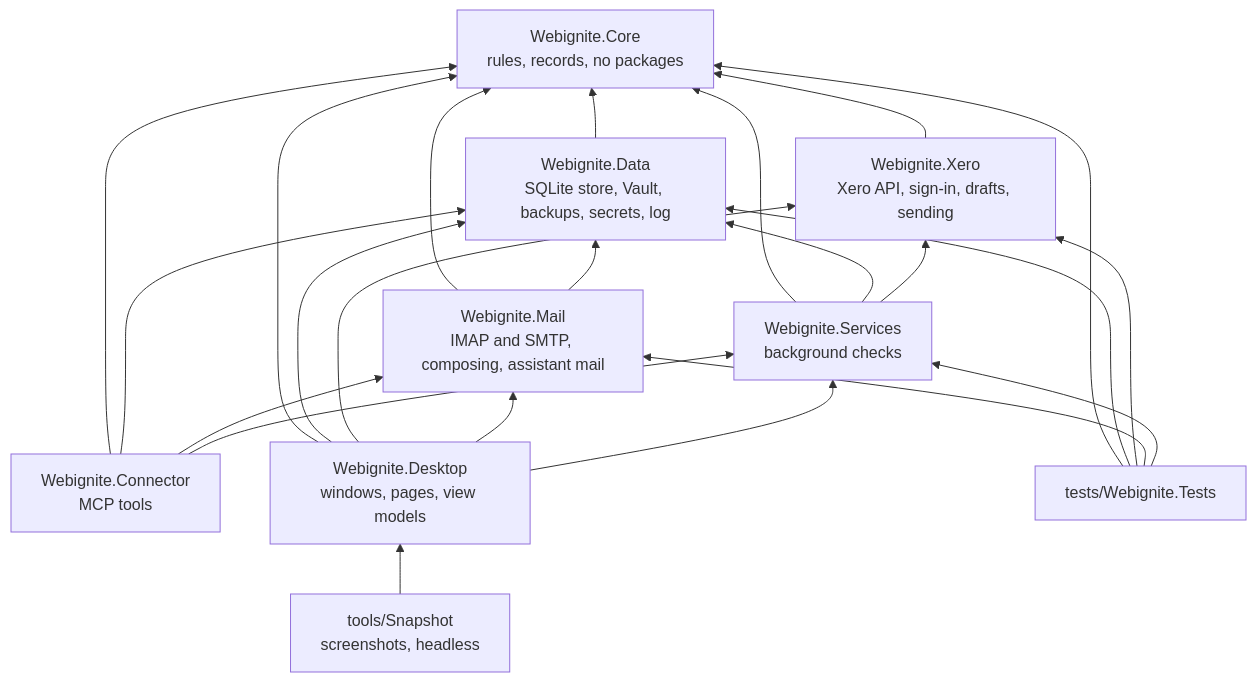
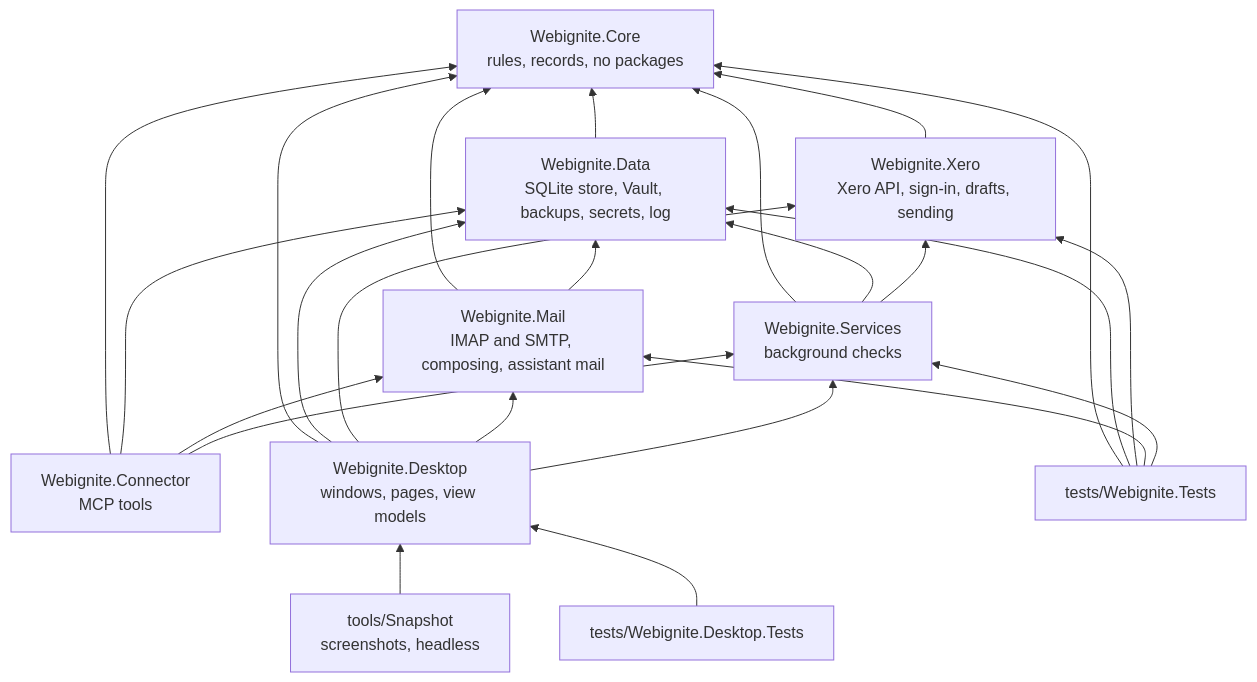
Before and after one commit to EdWebIgnite/Webignite-Desktop: the third of 9 diagrams in docs/architecture.md, drawn with Mermaid. The commit also changed other lines of this file and 13 other files, not shown here.

````diff
--- a/docs/architecture.md
+++ b/docs/architecture.md
@@ -64,35 +64,37 @@
 ```mermaid
 flowchart BT
     core["Webignite.Core<br/>rules, records, no packages"]
     data["Webignite.Data<br/>SQLite store, Vault, backups, secrets, log"]
     xero["Webignite.Xero<br/>Xero API, sign-in, drafts, sending"]
     mail["Webignite.Mail<br/>IMAP and SMTP, composing, assistant mail"]
     services["Webignite.Services<br/>background checks"]
     connector["Webignite.Connector<br/>MCP tools"]
     desktop["Webignite.Desktop<br/>windows, pages, view models"]
     tests["tests/Webignite.Tests"]
+    desktoptests["tests/Webignite.Desktop.Tests"]
     snapshot["tools/Snapshot<br/>screenshots, headless"]
 
     data --> core
     xero --> core
     mail --> core
     mail --> data
     services --> core
     services --> data
     services --> xero
     connector --> core
     connector --> data
     connector --> mail
     connector --> services
     desktop --> core
     desktop --> data
     desktop --> xero
     desktop --> mail
     desktop --> services
     tests --> core
     tests --> data
     tests --> xero
     tests --> mail
     tests --> services
     snapshot --> desktop
+    desktoptests --> desktop
 ```
````
